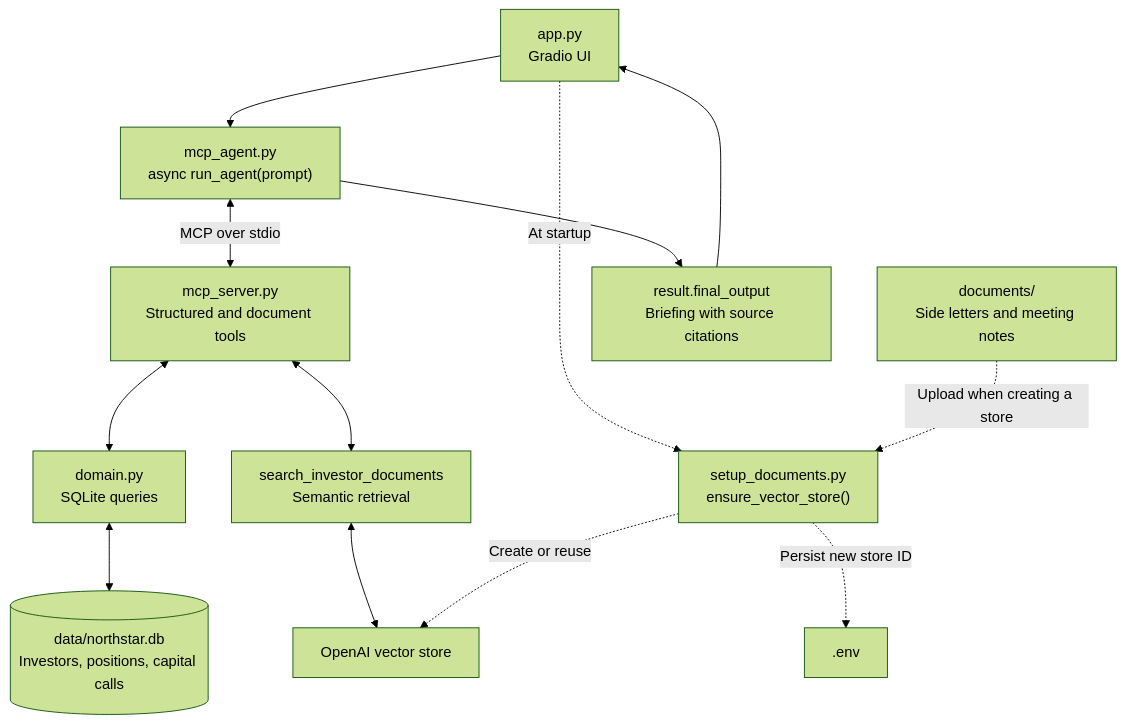
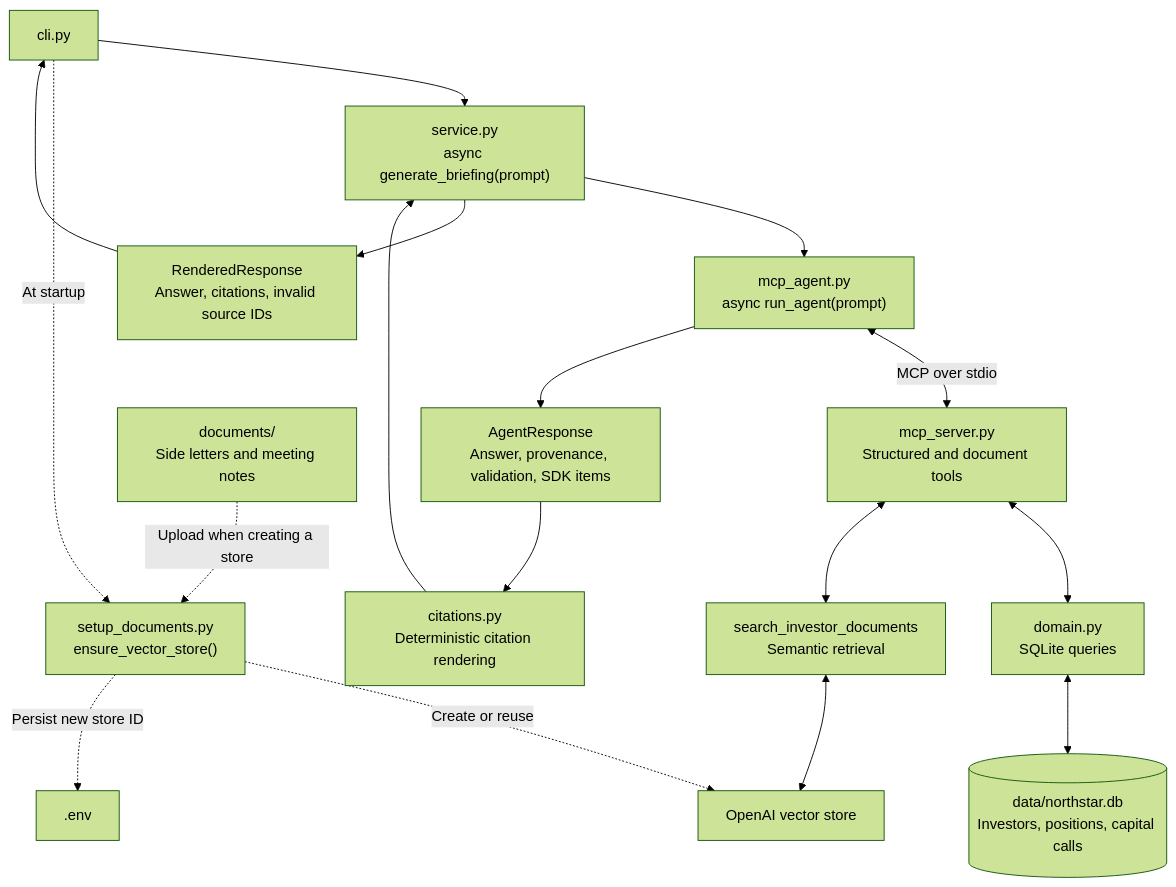
Before and after one commit to HectorFraireSanchez/gp-investor-relations-agent: the diagram in README.md, drawn with Mermaid (forest theme). The commit also changed other lines of this file and 9 other files, not shown here.

First line of the commit message:
Replace Gradio with a frontend-independent service and CLI

````diff
--- a/README.md
+++ b/README.md
@@ -36,15 +33,19 @@
 ```mermaid
 flowchart TD
-    UI["app.py<br/>Gradio UI"] --> A["mcp_agent.py<br/>async run_agent(prompt)"]
+    CLI["cli.py"] --> SERVICE["service.py<br/>async generate_briefing(prompt)"]
+    SERVICE --> A["mcp_agent.py<br/>async run_agent(prompt)"]
     A <-->|MCP over stdio| M["mcp_server.py<br/>Structured and document tools"]
     M <--> D["domain.py<br/>SQLite queries"]
     D <--> DB[("data/northstar.db<br/>Investors, positions, capital calls")]
     M <--> S["search_investor_documents<br/>Semantic retrieval"]
     S <--> V["OpenAI vector store"]
-    UI -.->|At startup| SETUP["setup_documents.py<br/>ensure_vector_store()"]
+    CLI -.->|At startup| SETUP["setup_documents.py<br/>ensure_vector_store()"]
     F["documents/<br/>Side letters and meeting notes"] -.->|Upload when creating a store| SETUP
     SETUP -.->|Create or reuse| V
     SETUP -.->|Persist new store ID| ENV[".env"]
-    A --> R["result.final_output<br/>Briefing with source citations"]
-    R --> UI
+    A --> RAW["AgentResponse<br/>Answer, provenance, validation, SDK items"]
+    RAW --> R["citations.py<br/>Deterministic citation rendering"]
+    R --> SERVICE
+    SERVICE --> RESULT["RenderedResponse<br/>Answer, citations, invalid source IDs"]
+    RESULT --> CLI
 ```
````
